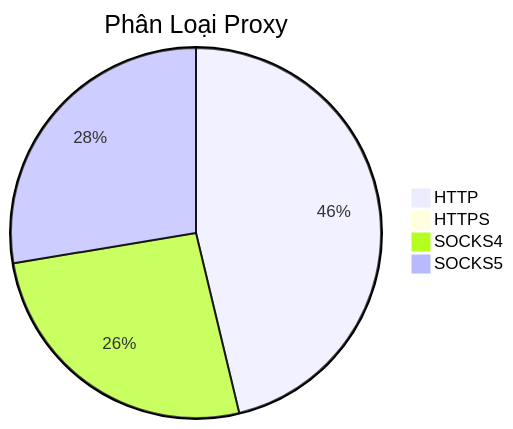
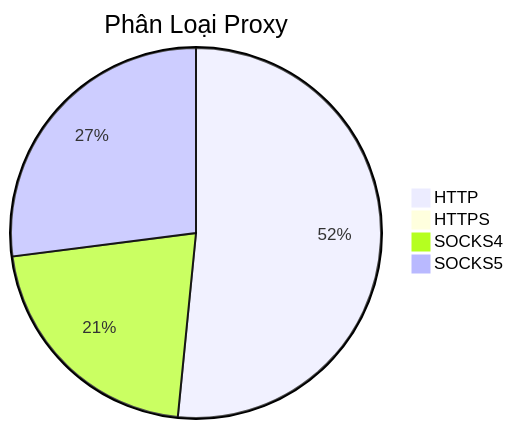
One commit to Ciara-12/PROXY-free changed the diagram in README.md. Above: the diagram before and after it, drawn with Mermaid. The commit also changed other lines of this file and 3 other files, not shown here.

````diff
--- a/README.md
+++ b/README.md
@@ -26,7 +26,7 @@
 ```mermaid
 pie title Phân Loại Proxy
-    "HTTP" : 561
+    "HTTP" : 706
     "HTTPS" : 0
-    "SOCKS4" : 317
-    "SOCKS5" : 335
+    "SOCKS4" : 293
+    "SOCKS5" : 370
 ```
````
